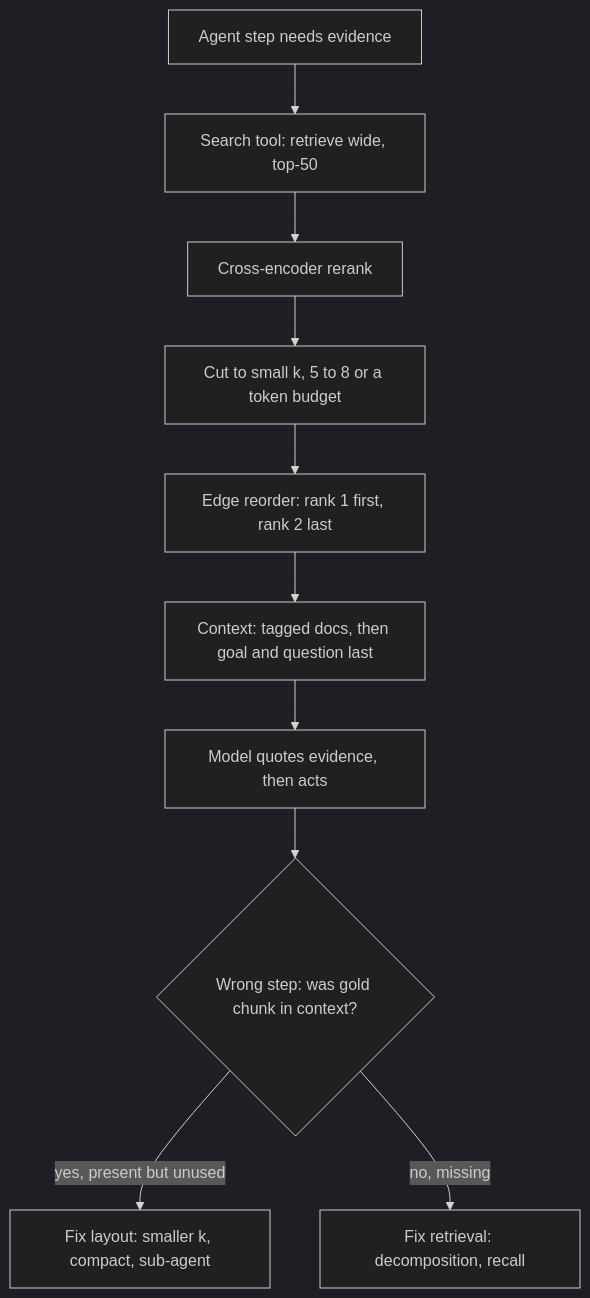
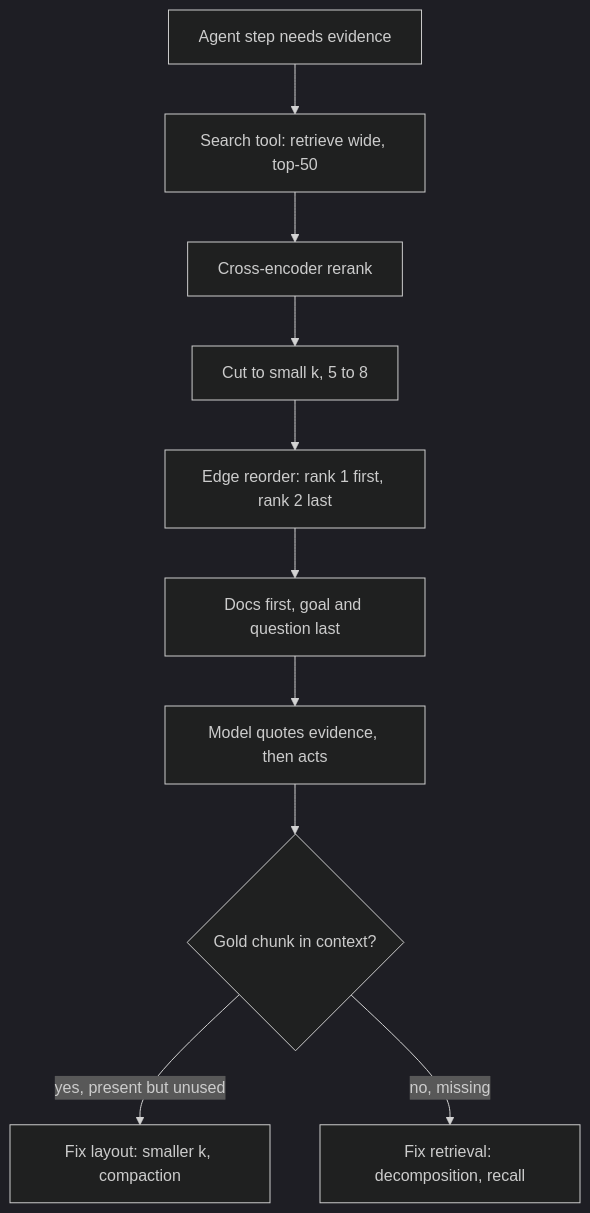
The diagram in content/rag-retrieval/lost-in-the-middle.md (lovishmahajan97/agentic-learning), drawn with Mermaid (dark theme) before and after one commit. The commit also changed other lines of this file and 454 other files, not shown here.

````diff
--- a/content/rag-retrieval/lost-in-the-middle.md
+++ b/content/rag-retrieval/lost-in-the-middle.md
@@ -136,12 +136,12 @@
 ```mermaid
 flowchart TD
     Q["Agent step needs evidence"] --> W["Search tool: retrieve wide, top-50"]
     W --> RR["Cross-encoder rerank"]
-    RR --> C["Cut to small k, 5 to 8 or a token budget"]
+    RR --> C["Cut to small k, 5 to 8"]
     C --> E["Edge reorder: rank 1 first, rank 2 last"]
-    E --> P["Context: tagged docs, then goal and question last"]
+    E --> P["Docs first, goal and question last"]
     P --> G["Model quotes evidence, then acts"]
-    G --> T{"Wrong step: was gold chunk in context?"}
-    T -->|"yes, present but unused"| L["Fix layout: smaller k, compact, sub-agent"]
+    G --> T{"Gold chunk in context?"}
+    T -->|"yes, present but unused"| L["Fix layout: smaller k, compaction"]
     T -->|"no, missing"| R["Fix retrieval: decomposition, recall"]
 ```
````
